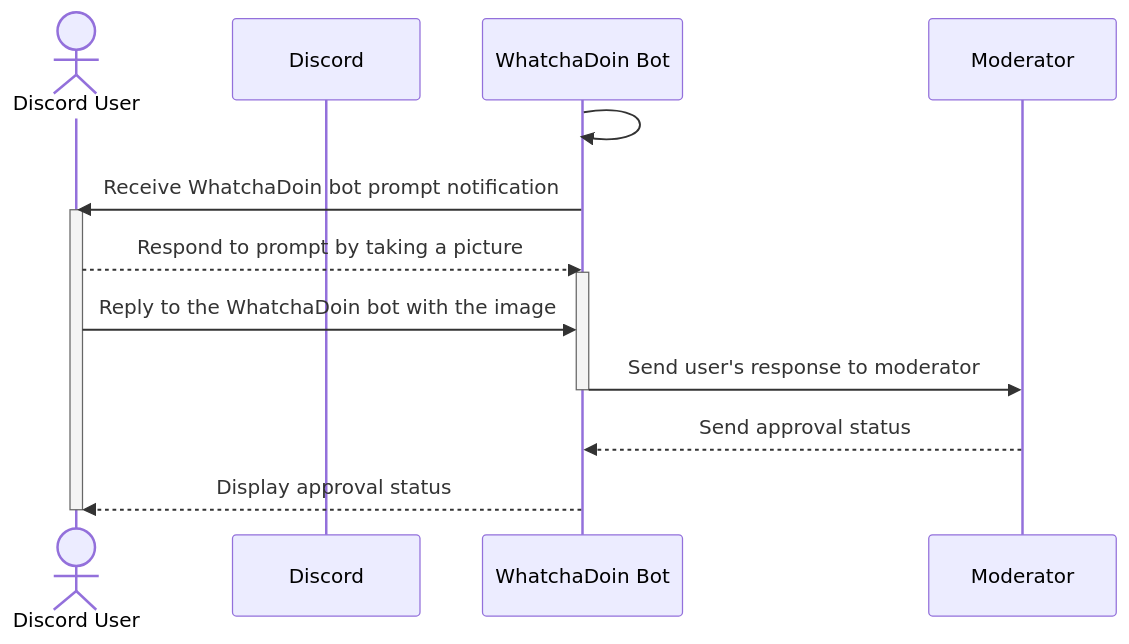
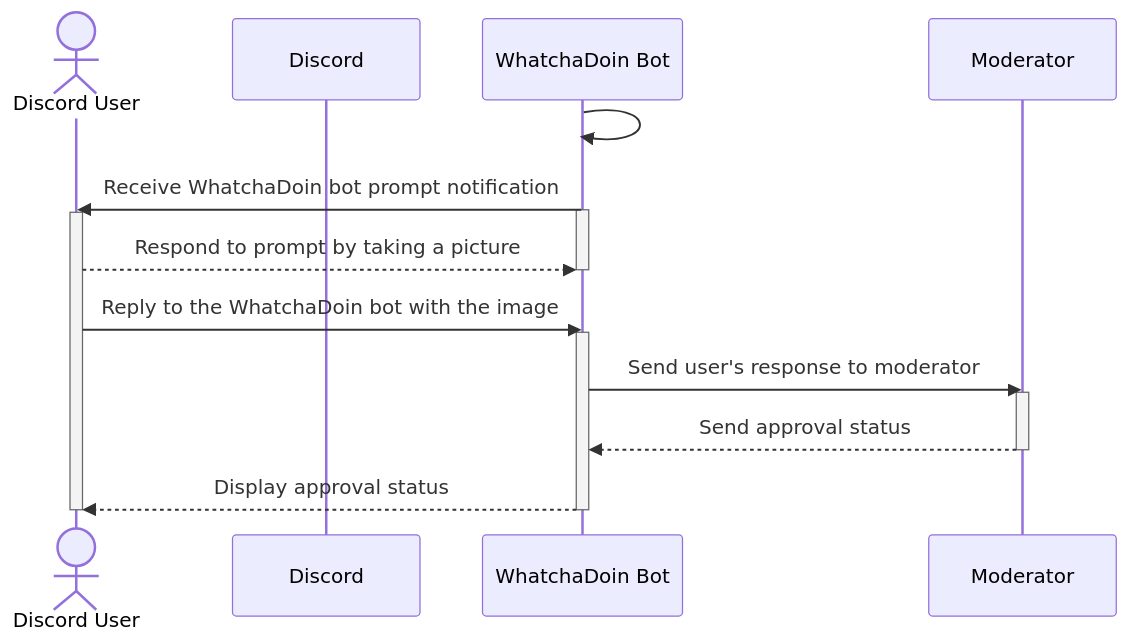
The fourth of 11 diagrams in documentation/docs/system-architecture/design.md (Capstone-Projects-2023-Fall/project-bereal-meets-slack), drawn with Mermaid before and after one commit. The commit also changed other lines of this file, not shown here.

````diff
--- a/documentation/docs/system-architecture/design.md
+++ b/documentation/docs/system-architecture/design.md
@@ -260,21 +262,25 @@
 ```mermaid
 
 sequenceDiagram
     actor User as Discord User
     participant Discord as Discord
     participant WhatchaDoinBot as WhatchaDoin Bot
     participant Moderator as Moderator
 
     WhatchaDoinBot ->> WhatchaDoinBot: 
     WhatchaDoinBot ->> User: Receive WhatchaDoin bot prompt notification
+    activate WhatchaDoinBot
     activate User
     User -->> WhatchaDoinBot: Respond to prompt by taking a picture
+    deactivate WhatchaDoinBot
+    User ->> WhatchaDoinBot: Reply to the WhatchaDoin bot with the image
     activate WhatchaDoinBot
-    User ->> WhatchaDoinBot: Reply to the WhatchaDoin bot with the image
     WhatchaDoinBot ->> Moderator: Send user's response to moderator
+    activate Moderator
+    Moderator -->> WhatchaDoinBot: Send approval status
+    deactivate Moderator
+    WhatchaDoinBot -->> User: Display approval status
     deactivate WhatchaDoinBot
-    Moderator -->> WhatchaDoinBot: Send approval status
-    WhatchaDoinBot -->> User: Display approval status
     deactivate User
 
 ```
````
